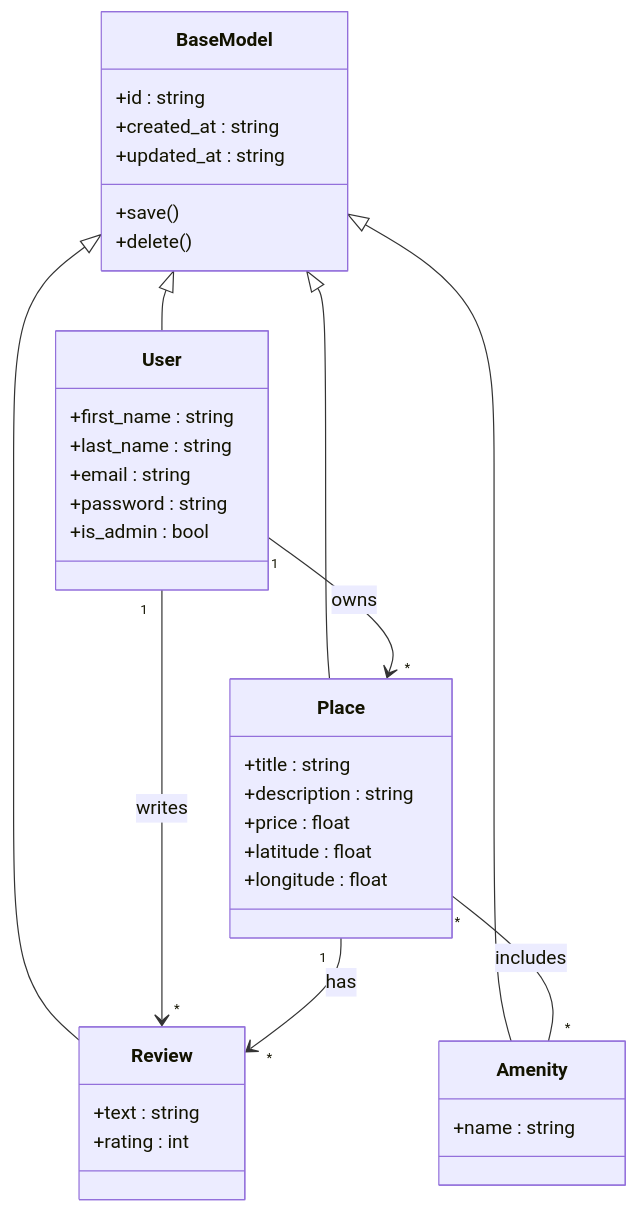
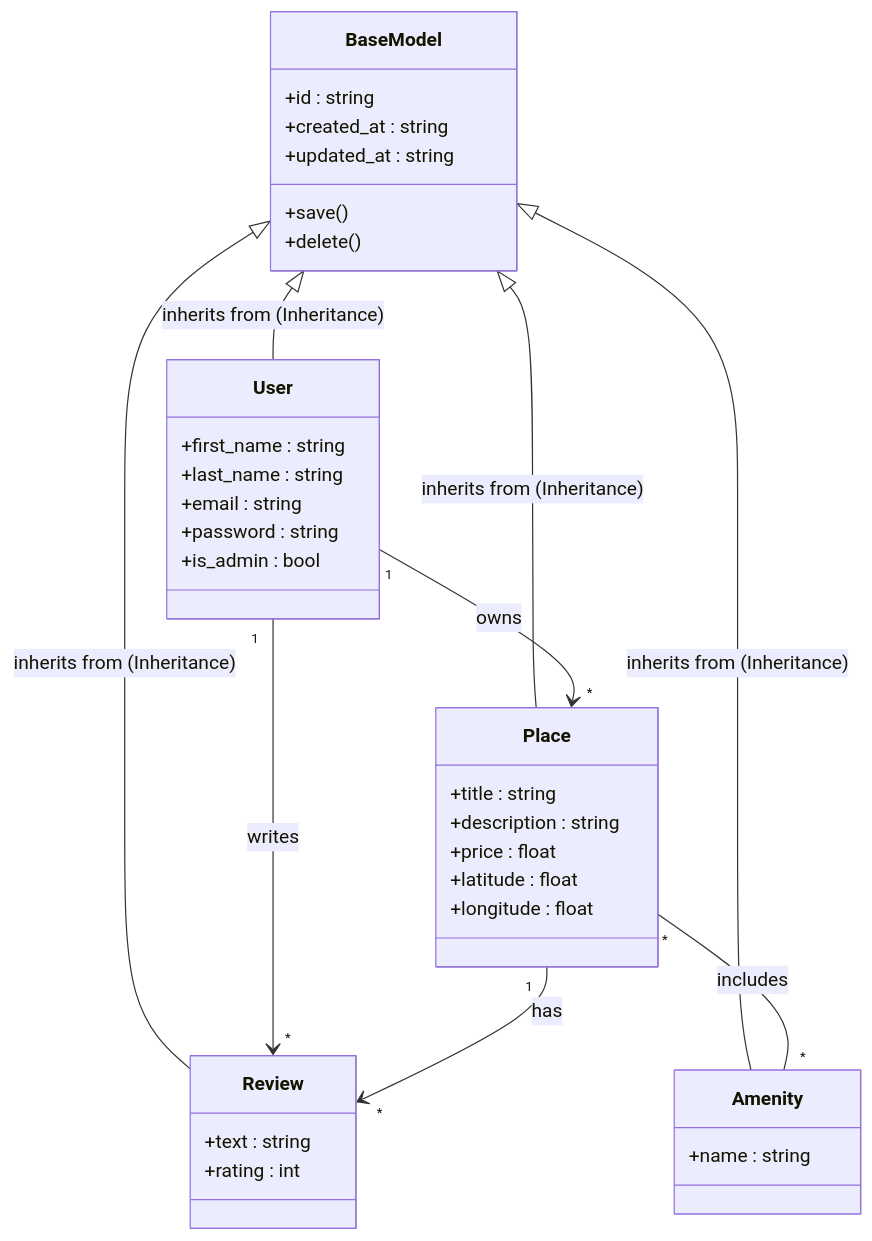
Before and after one commit to alzahra3ali-bit/holbertonschool-hbnb: the second of 5 diagrams in README.md, drawn with Mermaid. The commit also changed other lines of this file, not shown here.

Commit message:
Fix architectural layers in Task 0 and add inheritance labels in Task 1

````diff
--- a/README.md
+++ b/README.md
@@ -55,46 +53,46 @@
 ```mermaid
 classDiagram
 
 class BaseModel {
   +id : string
   +created_at : string
   +updated_at : string
   +save()
   +delete()
 }
 
 class User {
   +first_name : string
   +last_name : string
   +email : string
   +password : string
   +is_admin : bool
 }
 
 class Place {
   +title : string
   +description : string
   +price : float
   +latitude : float
   +longitude : float
 }
 
 class Review {
   +text : string
   +rating : int
 }
 
 class Amenity {
   +name : string
 }
 
-BaseModel <|-- User
-BaseModel <|-- Place
-BaseModel <|-- Review
-BaseModel <|-- Amenity
+BaseModel <|-- User : inherits from (Inheritance)
+BaseModel <|-- Place : inherits from (Inheritance)
+BaseModel <|-- Review : inherits from (Inheritance)
+BaseModel <|-- Amenity : inherits from (Inheritance)
 
 User "1" --> "*" Place : owns
 User "1" --> "*" Review : writes
 Place "1" --> "*" Review : has
 Place "*" -- "*" Amenity : includes
 ```
````
